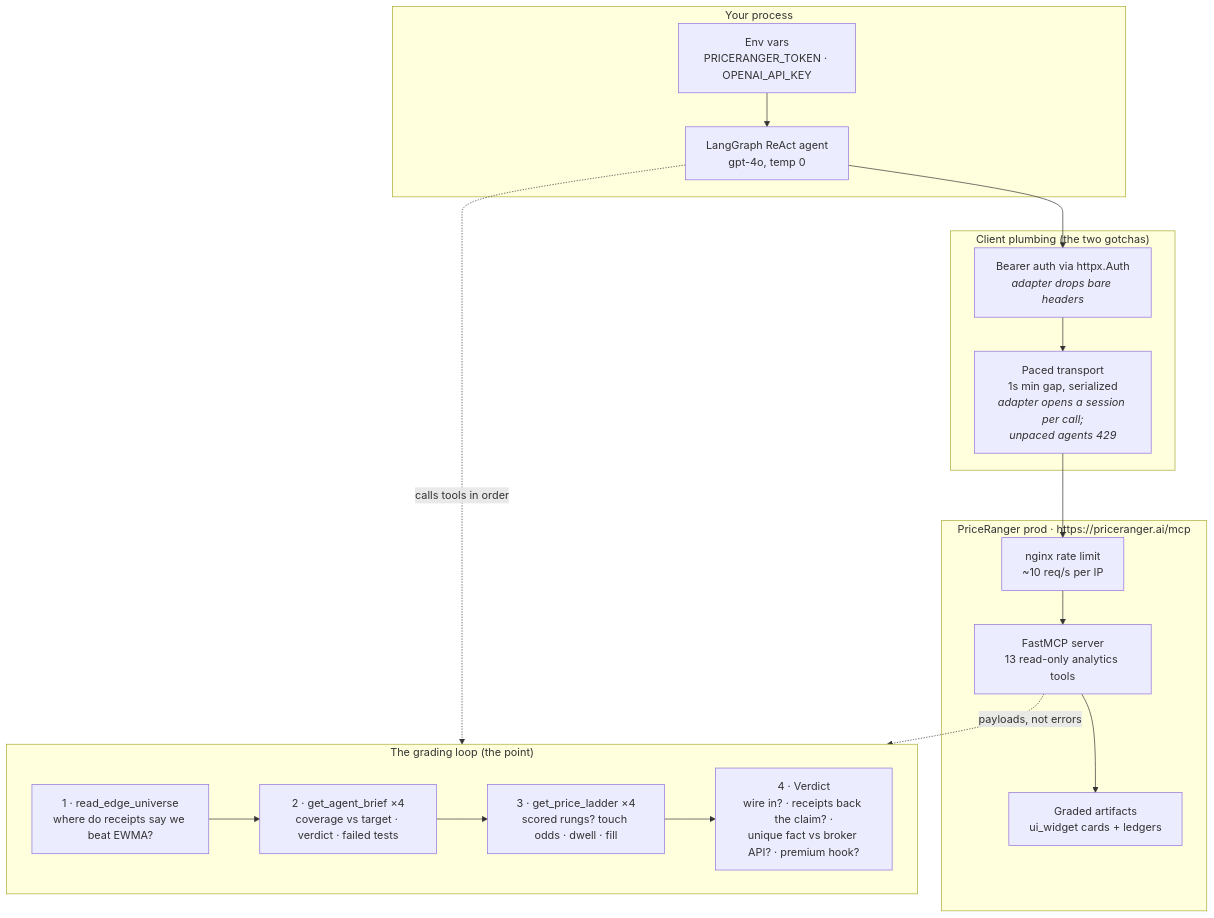
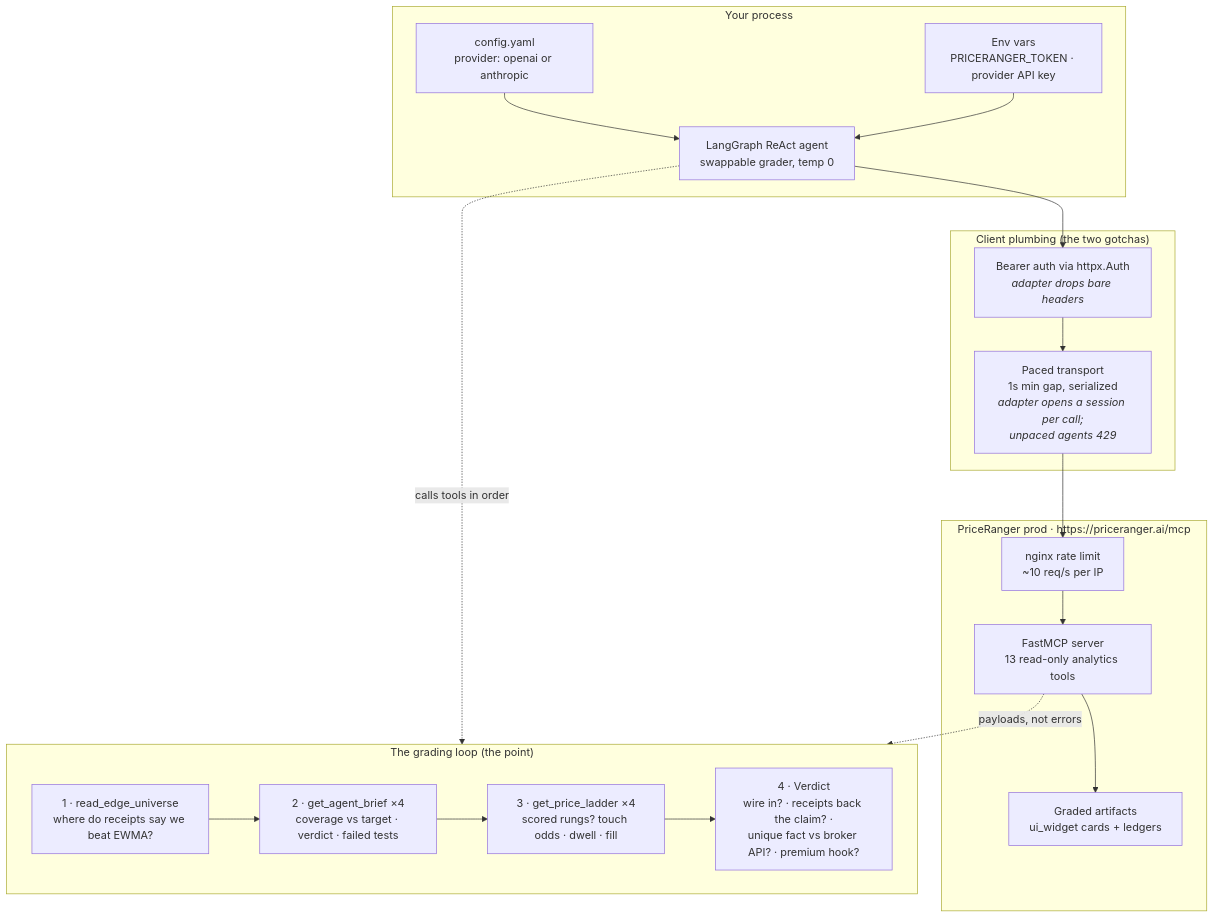
Before and after one commit to quant-exchange/PriceRangerMCP: the diagram in README.md, drawn with Mermaid. The commit also changed other lines of this file, not shown here.

First line of the commit message:
Add config.yaml details and grading provider options

````diff
--- a/README.md
+++ b/README.md
@@ -32,32 +32,34 @@
 ```mermaid
 flowchart TD
     subgraph YOU["Your process"]
-        ENV["Env vars<br/>PRICERANGER_TOKEN · OPENAI_API_KEY"]
-        AGENT["LangGraph ReAct agent<br/>gpt-4o, temp 0"]
+        CFG["config.yaml<br/>provider: openai or anthropic"]
+        ENV["Env vars<br/>PRICERANGER_TOKEN · provider API key"]
+        AGENT["LangGraph ReAct agent<br/>swappable grader, temp 0"]
+        CFG --> AGENT
         ENV --> AGENT
     end
 
     subgraph PLUMB["Client plumbing (the two gotchas)"]
         AUTH["Bearer auth via httpx.Auth<br/><i>adapter drops bare headers</i>"]
         PACED["Paced transport<br/>1s min gap, serialized<br/><i>adapter opens a session per call;<br/>unpaced agents 429</i>"]
     end
 
     subgraph PR["PriceRanger prod · https://priceranger.ai/mcp"]
         NGINX["nginx rate limit<br/>~10 req/s per IP"]
         MCP["FastMCP server<br/>13 read-only analytics tools"]
         CARDS["Graded artifacts<br/>ui_widget cards + ledgers"]
         NGINX --> MCP --> CARDS
     end
 
     subgraph LOOP["The grading loop (the point)"]
         S1["1 · read_edge_universe<br/>where do receipts say we beat EWMA?"]
         S2["2 · get_agent_brief ×4<br/>coverage vs target · verdict · failed tests"]
         S3["3 · get_price_ladder ×4<br/>scored rungs? touch odds · dwell · fill"]
         S4["4 · Verdict<br/>wire in? · receipts back the claim? ·<br/>unique fact vs broker API? · premium hook?"]
         S1 --> S2 --> S3 --> S4
     end
 
     AGENT --> AUTH --> PACED --> NGINX
     AGENT -.->|"calls tools in order"| LOOP
     MCP -.->|"payloads, not errors"| LOOP
 ```
````
